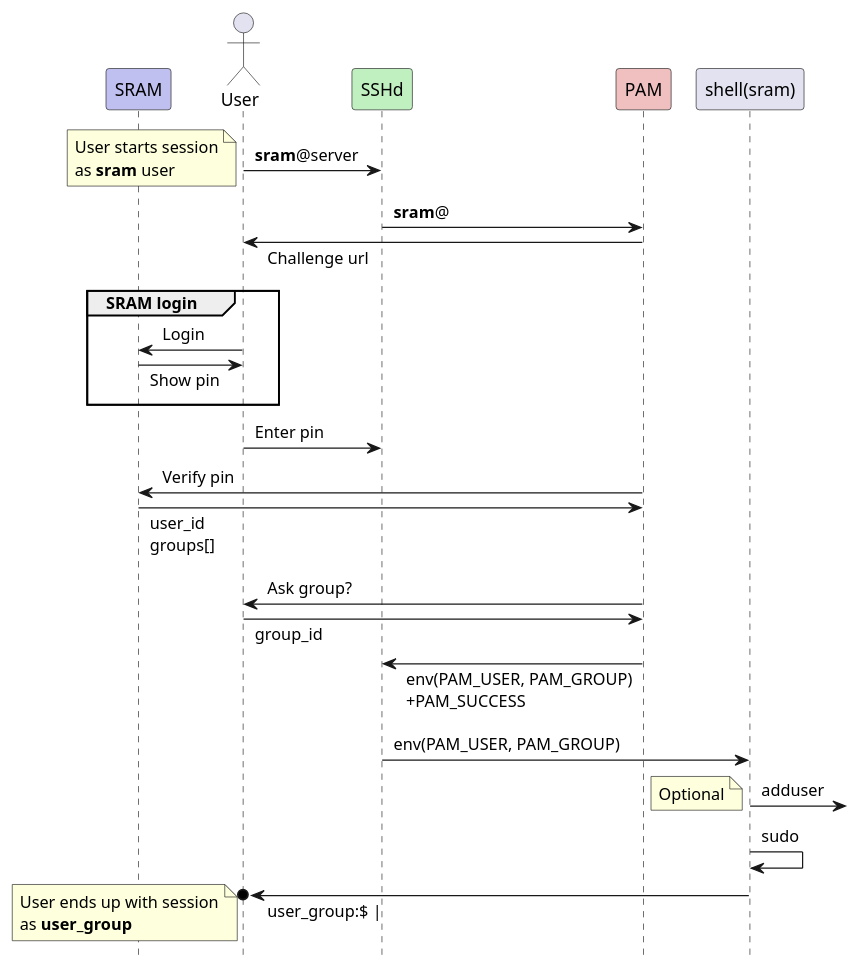
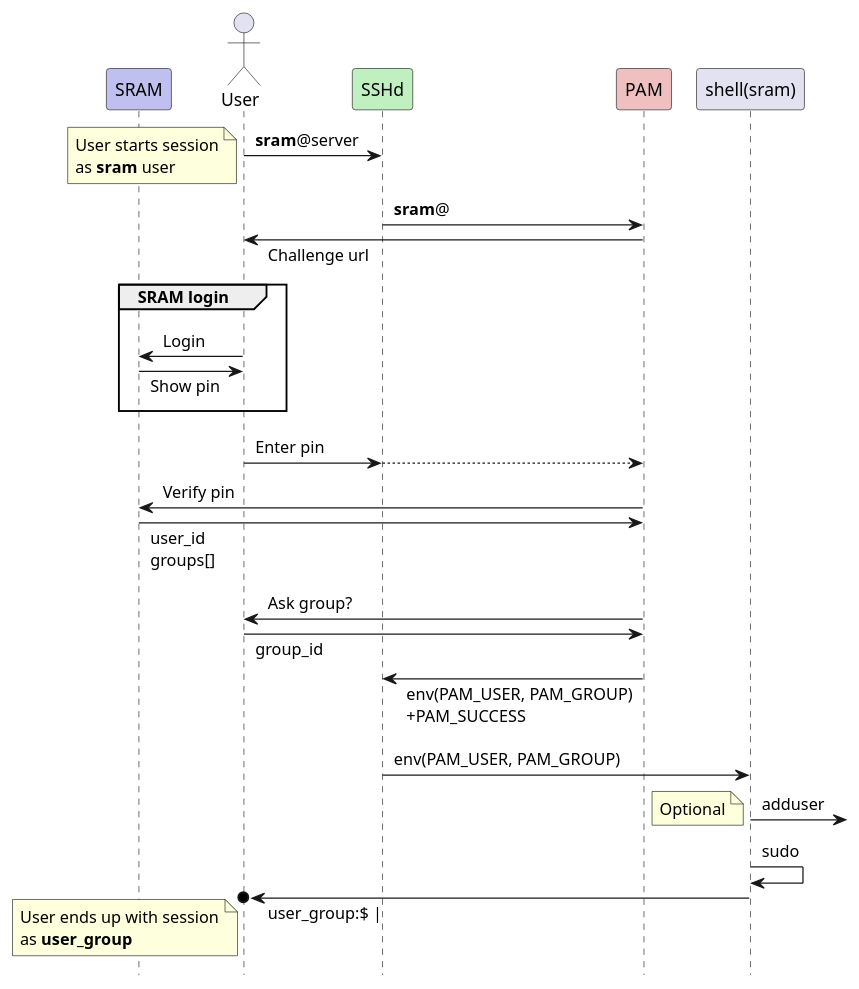
Before and after one commit to SURFscz/pam-weblogin: the diagram in shell/smart_shell.plantuml, drawn with PlantUML. The commit also changed 1 other file, not shown here.

Commit message:
Add Smart shell UML diagram ...

```diff
--- a/shell/smart_shell.plantuml
+++ b/shell/smart_shell.plantuml
@@ -1,40 +1,43 @@
 @startuml
 skinparam ParticipantPadding 5
 skinparam SequenceMessagePadding 2
 skinparam responseMessageBelowArrow true
 hide footbox
 
 participant "SRAM" as SRAM #c0c0f0
 actor "User"  as user
 participant "SSHd" as SSH #c0f0c0
 participant "PAM" as PAM #f0c0c0
 participant "shell(sram)" as sram@shell
 
 user -> SSH: **sram**@server
 note left: User starts session\nas **sram** user
 
 SSH -> PAM: **sram**@
 user <- PAM: Challenge url
 
 group SRAM login
 user -> SRAM: Login
 user <- SRAM: Show pin
 end
 
+!pragma teoz true
 user -> SSH: Enter pin
+& SSH --> PAM:
+
 PAM -> SRAM: Verify pin
 PAM <- SRAM: user_id\ngroups[]
 PAM -> user: Ask group?
 PAM <- user: group_id
 
 SSH <- PAM: env(PAM_USER, PAM_GROUP)\n+PAM_SUCCESS
 SSH -> sram@shell: env(PAM_USER, PAM_GROUP)
 
 sram@shell ->]: adduser
 note left: Optional
 
 sram@shell -> sram@shell: sudo
 
 user o<- sram@shell: user_group:$ |
 note left: User ends up with session\nas **user_group**
 @enduml
```
